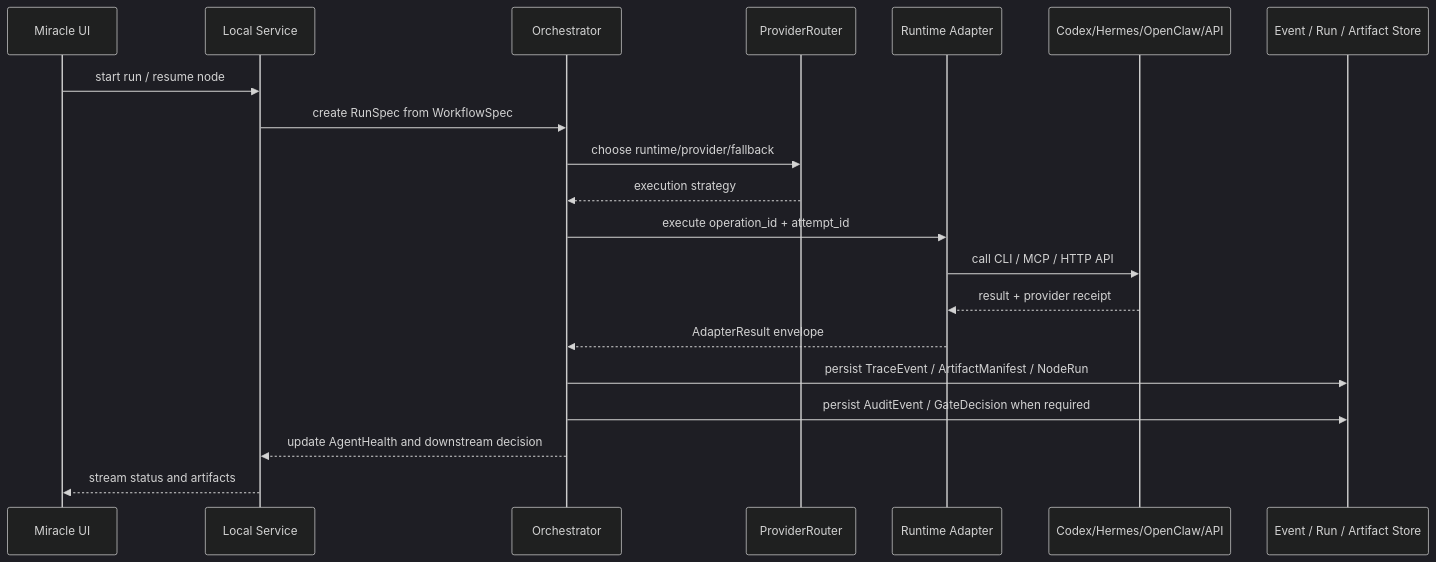
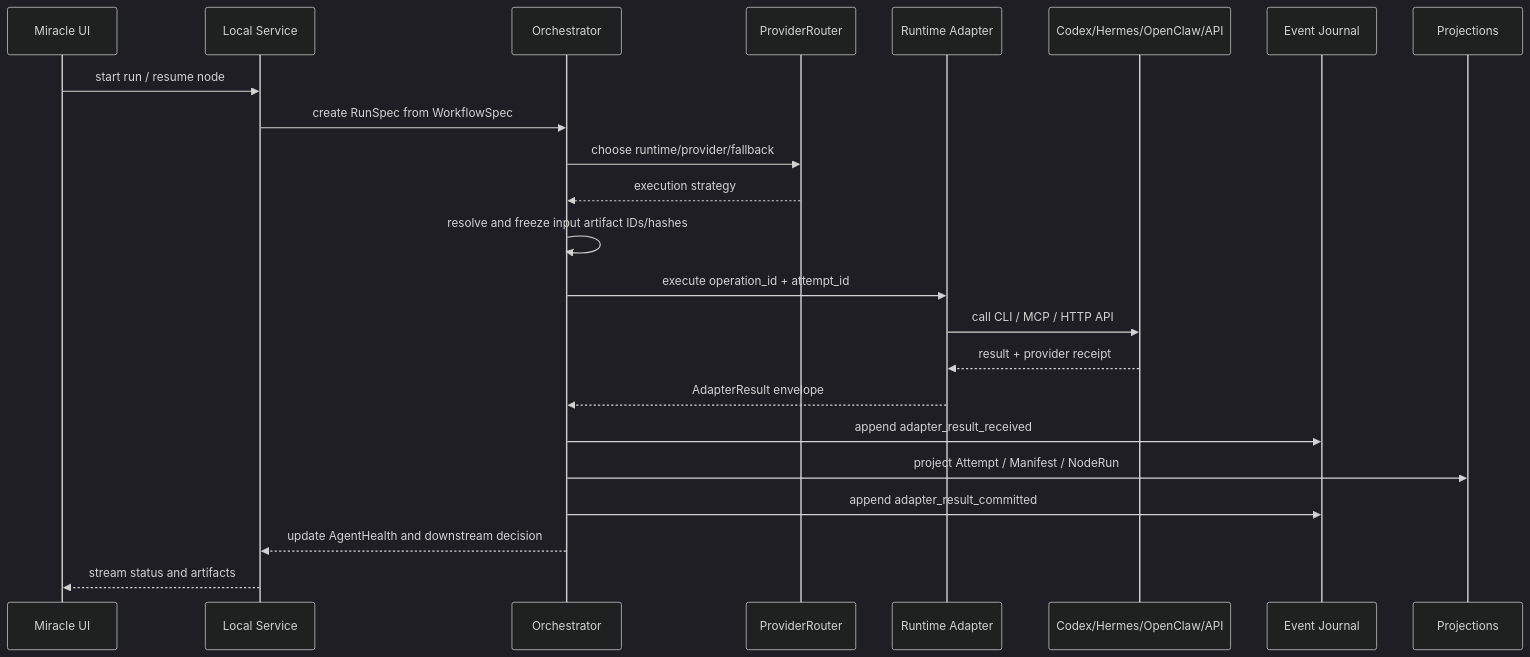
One commit to haozhangyue/miracle-agent changed the fourth of 7 diagrams in 14_技术架构选型与系统架构图.md. Above: the diagram before and after it, drawn with Mermaid (dark theme). The commit also changed other lines of this file and 20 other files, not shown here.

````diff
--- a/14_技术架构选型与系统架构图.md
+++ b/14_技术架构选型与系统架构图.md
@@ -202,23 +204,26 @@
 ```mermaid
 sequenceDiagram
   participant UI as Miracle UI
   participant SVC as Local Service
   participant ORCH as Orchestrator
   participant ROUTER as ProviderRouter
   participant ADP as Runtime Adapter
   participant RUNTIME as Codex/Hermes/OpenClaw/API
-  participant STORE as Event / Run / Artifact Store
+  participant JOURNAL as Event Journal
+  participant PROJ as Projections
 
   UI->>SVC: start run / resume node
   SVC->>ORCH: create RunSpec from WorkflowSpec
   ORCH->>ROUTER: choose runtime/provider/fallback
   ROUTER-->>ORCH: execution strategy
+  ORCH->>ORCH: resolve and freeze input artifact IDs/hashes
   ORCH->>ADP: execute operation_id + attempt_id
   ADP->>RUNTIME: call CLI / MCP / HTTP API
   RUNTIME-->>ADP: result + provider receipt
   ADP-->>ORCH: AdapterResult envelope
-  ORCH->>STORE: persist TraceEvent / ArtifactManifest / NodeRun
-  ORCH->>STORE: persist AuditEvent / GateDecision when required
+  ORCH->>JOURNAL: append adapter_result_received
+  ORCH->>PROJ: project Attempt / Manifest / NodeRun
+  ORCH->>JOURNAL: append adapter_result_committed
   ORCH-->>SVC: update AgentHealth and downstream decision
   SVC-->>UI: stream status and artifacts
 ```
````
